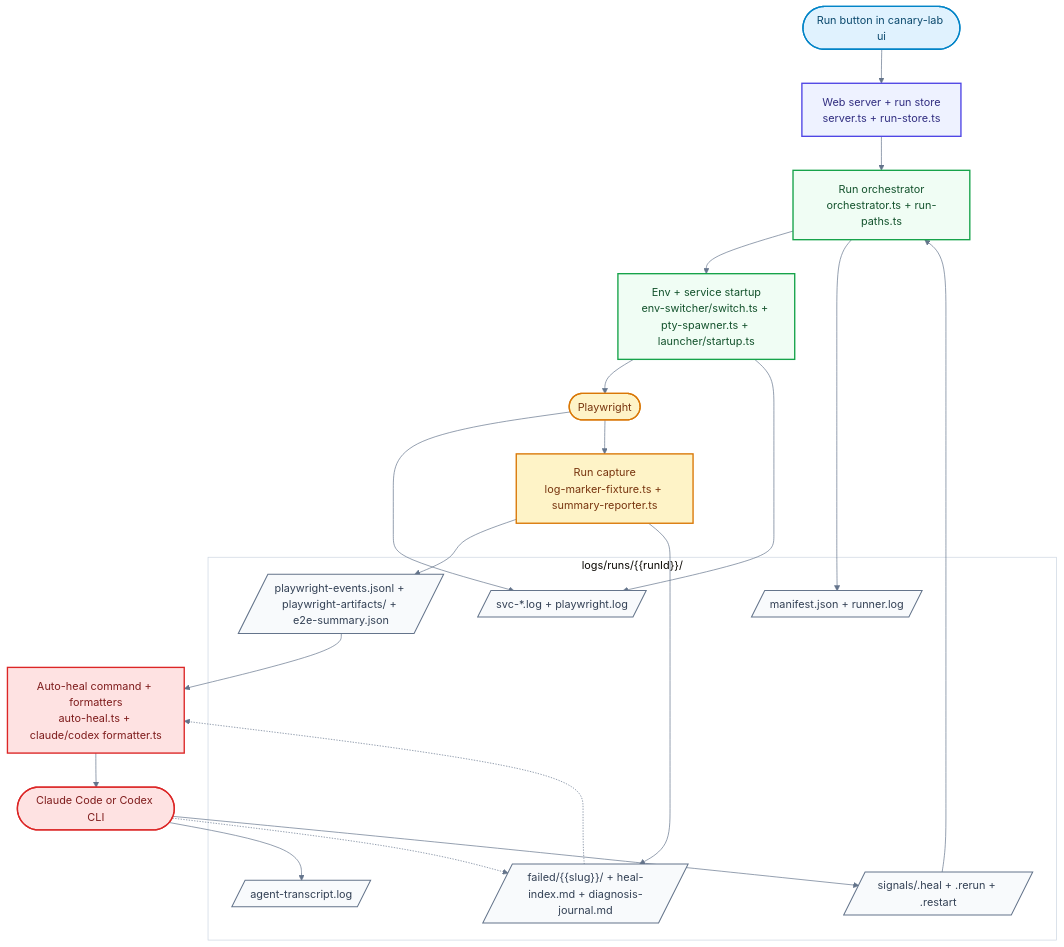
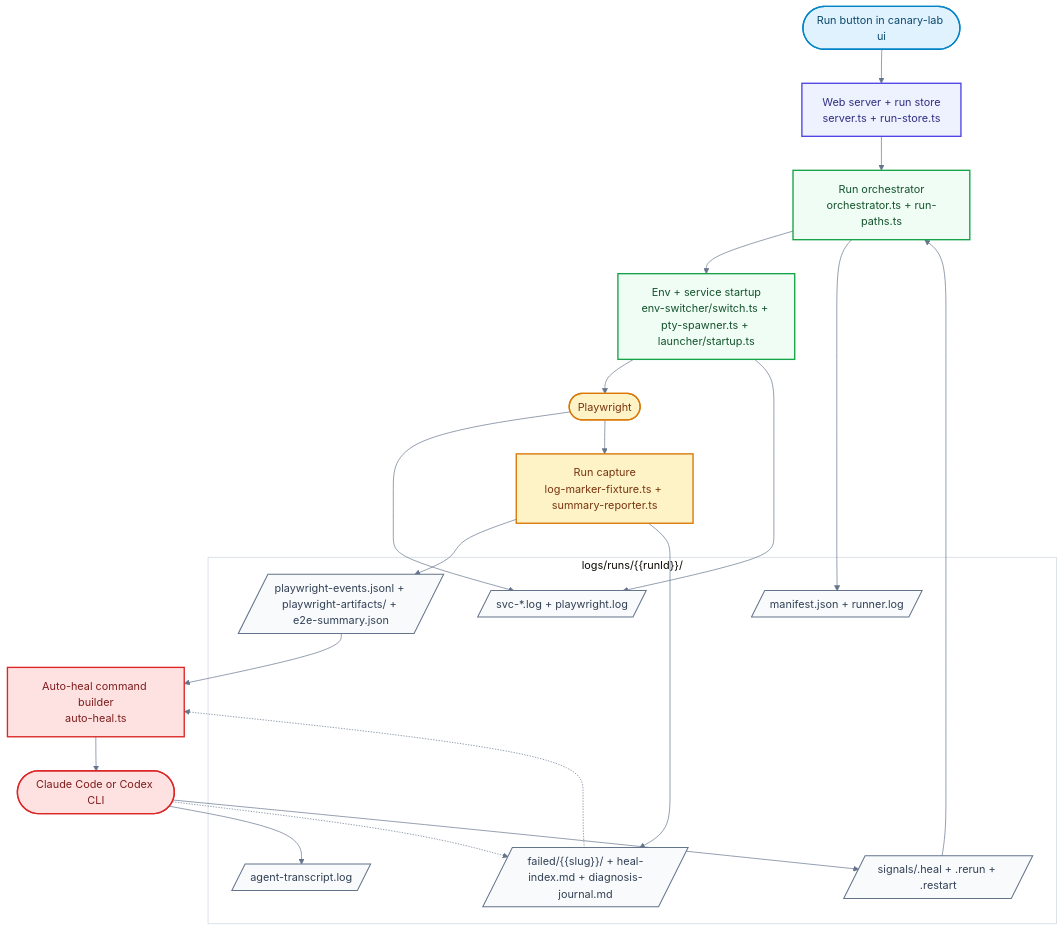
Before and after one commit to ferterahadi/canary-lab: the second of 2 diagrams in README.md, drawn with Mermaid. The commit also changed other lines of this file and 11 other files, not shown here.

First line of the commit message:
feat: enhance wizard formatter with Bash command handling and inspection summaries

````diff
--- a/README.md
+++ b/README.md
@@ -220,50 +220,50 @@
 ```mermaid
 %%{init: {"theme": "base", "themeVariables": {"fontFamily": "Inter, ui-sans-serif, system-ui, sans-serif", "primaryTextColor": "#0f172a", "lineColor": "#64748b", "clusterBkg": "#ffffff", "clusterBorder": "#cbd5e1"}}}%%
 flowchart TD
     user(["Run button in canary-lab ui"])
     web["Web server + run store<br/>server.ts + run-store.ts"]
     runtime["Run orchestrator<br/>orchestrator.ts + run-paths.ts"]
     setup["Env + service startup<br/>env-switcher/switch.ts + pty-spawner.ts + launcher/startup.ts"]
     playwright(["Playwright"])
     capture["Run capture<br/>log-marker-fixture.ts + summary-reporter.ts"]
-    autoheal["Auto-heal command + formatters<br/>auto-heal.ts + claude/codex formatter.ts"]
+    autoheal["Auto-heal command builder<br/>auto-heal.ts"]
     agent(["Claude Code or Codex CLI"])
 
     subgraph runDir["logs/runs/{{runId}}/"]
         state[/"manifest.json + runner.log"/]
         logs[/"svc-*.log + playwright.log"/]
         evidence[/"playwright-events.jsonl + playwright-artifacts/ + e2e-summary.json"/]
         healctx[/"failed/{{slug}}/ + heal-index.md + diagnosis-journal.md"/]
         transcript[/"agent-transcript.log"/]
         signals[/"signals/.heal + .rerun + .restart"/]
     end
 
     user --> web --> runtime --> setup --> playwright
     runtime --> state
     setup --> logs
     playwright --> logs
     playwright --> capture
     capture --> evidence
     capture --> healctx
     evidence --> autoheal
     healctx -.-> autoheal
     autoheal --> agent
     agent --> transcript
     agent -.-> healctx
     agent --> signals
     signals --> runtime
 
     classDef entry fill:#e0f2fe,stroke:#0284c7,color:#0c4a6e,stroke-width:2px
     classDef core fill:#eef2ff,stroke:#4f46e5,color:#312e81,stroke-width:2px
     classDef runtime fill:#f0fdf4,stroke:#16a34a,color:#14532d,stroke-width:2px
     classDef test fill:#fef3c7,stroke:#d97706,color:#78350f,stroke-width:2px
     classDef heal fill:#fee2e2,stroke:#dc2626,color:#7f1d1d,stroke-width:2px
     classDef artifact fill:#f8fafc,stroke:#64748b,color:#334155,stroke-width:1.5px
 
     class user entry
     class web core
     class runtime,setup runtime
     class playwright,capture test
     class autoheal,agent heal
     class state,logs,evidence,healctx,transcript,signals artifact
 ```
````
